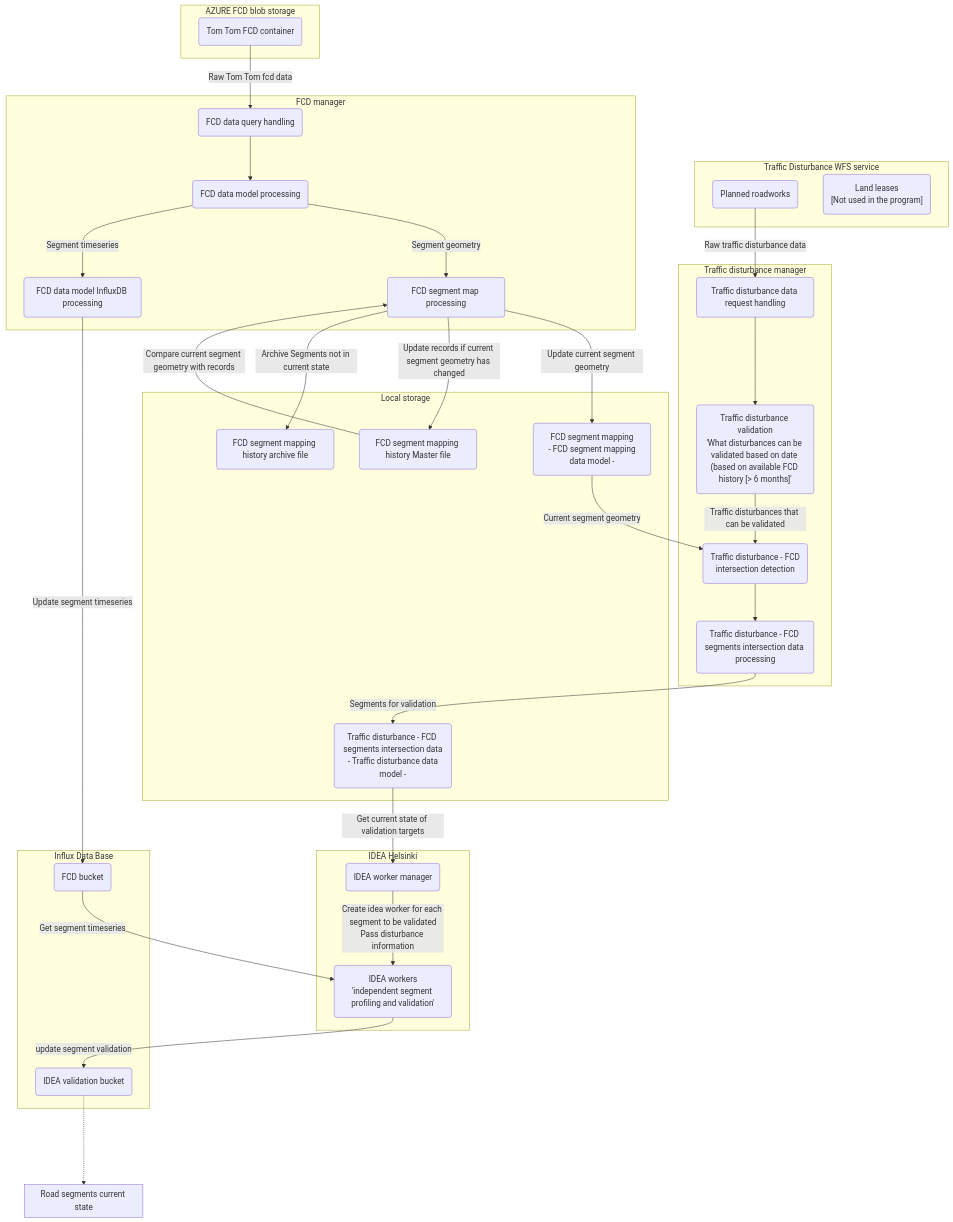
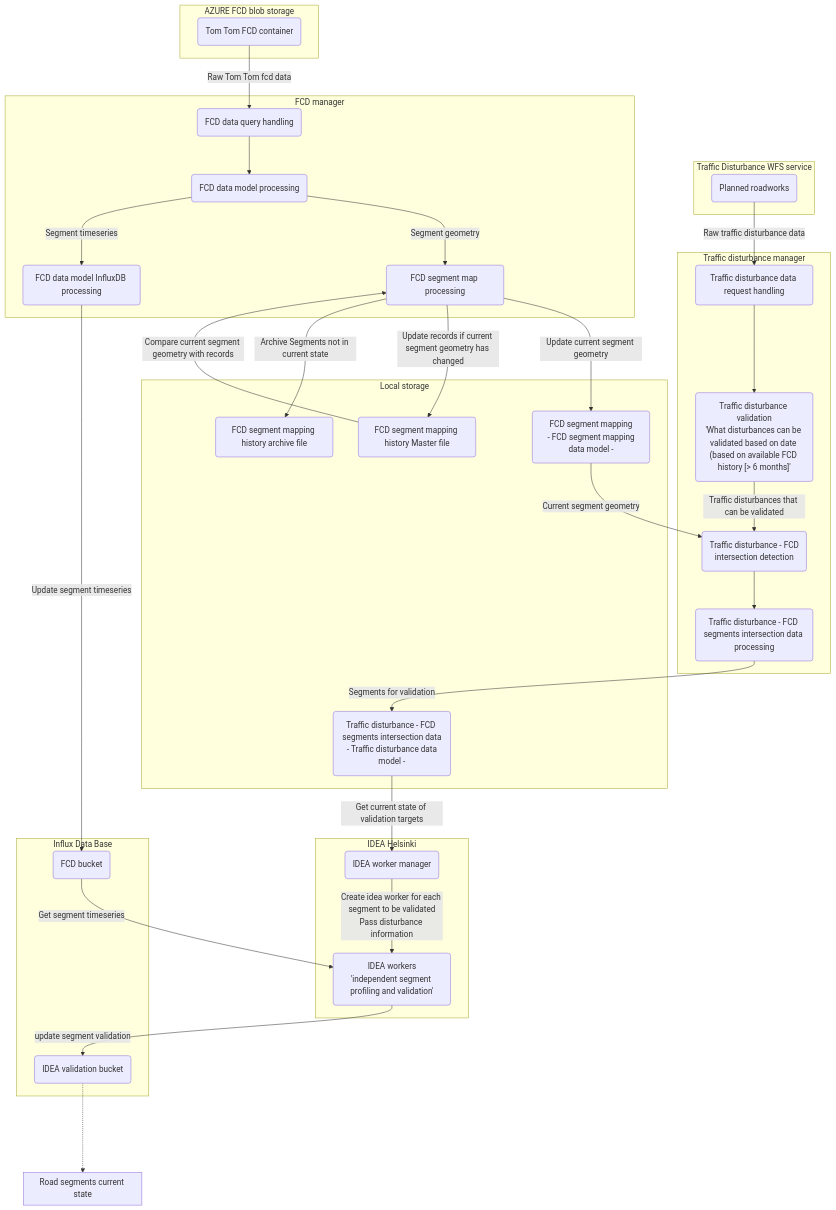
One commit to ForumViriumHelsinki/IDEA-Helsinki changed the diagram in docs/program_schematic.md. Above: the diagram before and after it, drawn with Mermaid.

Commit message:
Updated program process schematic.

````diff
--- a/docs/program_schematic.md
+++ b/docs/program_schematic.md
@@ -1,76 +1,75 @@
 ```mermaid
 graph
     subgraph azureStorage["AZURE FCD blob storage"]
         TomTomBlobContainer("Tom Tom FCD container"):::db_bucket
     end
     
     subgraph TrafficDisturbanceWFS["Traffic Disturbance WFS service"]
         RoadWorks("Planned roadworks")
-        LandLeases("Land leases<br>[Not used in the program]")
     end
     
     subgraph DisturbanceManager["Traffic disturbance manager"]
         TrafficDisturbanceDataRequest("Traffic disturbance data request handling")
         TrafficDisturbanceValidation("Traffic disturbance validation<br>'What disturbances can be validated based on date <br>(based on available FCD history [> 6 months]'")
         IntersectionDetection("Traffic disturbance - FCD<br>intersection detection")
         TrafficDisturbanceFCDDataProcessing("Traffic disturbance - FCD segments intersection data processing")
     end
     
     subgraph FcdManager["FCD manager"]
         FcdDataRequest("FCD data query handling")
         FcdDataModelProcessing("FCD data model processing")
         FcdDataMapProcessing("FCD segment map processing")
         FcdDataInfluxProcessing("FCD data model InfluxDB processing")
     end
     
     subgraph InfluxDB["Influx Data Base"]
         FcdBucket("FCD bucket"):::db_bucket 
         IdeaBucket("IDEA validation bucket"):::db_bucket
     end
     
     subgraph LocalStorage["Local storage"]
         FcdMapping("FCD segment mapping<br> - FCD segment mapping data model -"):::local_storage
         FcdMappingMasterHistory("FCD segment mapping history Master file"):::local_storage
         FcdMappingArchiveHistory("FCD segment mapping history archive file"):::local_storage 
         TrafficDisturbanceFCDData("Traffic disturbance - FCD segments intersection data<br> - Traffic disturbance data model -"):::local_storage
     end
     
     subgraph IdeaHelsinki["IDEA Helsinki"]
         IdeaManager("IDEA worker manager"):::idea_manager
         IdeaWorker("IDEA workers<br>'independent segment profiling and validation'"):::idea_worker
     end
     
     subgraph RoadSegmentState["Road segments current state"]
         
     end
     
     
     %% FCD processing
     TomTomBlobContainer -- "Raw Tom Tom fcd data" --> FcdDataRequest
     FcdDataRequest --> FcdDataModelProcessing
     FcdDataModelProcessing -- "Segment geometry" --> FcdDataMapProcessing
     FcdDataMapProcessing -- "Update current segment geometry" --> FcdMapping
     FcdMappingMasterHistory -- "Compare current segment geometry with records" --> FcdDataMapProcessing
     FcdDataMapProcessing -- "Update records if current segment geometry has changed" --> FcdMappingMasterHistory 
     FcdDataMapProcessing  --"Archive Segments not in current state" --> FcdMappingArchiveHistory
     
     FcdDataModelProcessing -- "Segment timeseries" --> FcdDataInfluxProcessing
     FcdDataInfluxProcessing -- "Update segment timeseries" --> FcdBucket
     
     %% Traffic disturbance processing
     RoadWorks -- "Raw traffic disturbance data" --> TrafficDisturbanceDataRequest
     TrafficDisturbanceDataRequest --> TrafficDisturbanceValidation
     TrafficDisturbanceValidation -- "Traffic disturbances that can be validated" -->IntersectionDetection
     FcdMapping -- "Current segment geometry" --> IntersectionDetection
     IntersectionDetection --> TrafficDisturbanceFCDDataProcessing
     TrafficDisturbanceFCDDataProcessing -- "Segments for validation" --> TrafficDisturbanceFCDData
     
     %% Idea processing
     TrafficDisturbanceFCDData -- "Get current state of validation targets" --> IdeaManager
     IdeaManager --"Create idea worker for each segment to be validated<br>Pass disturbance information" --> IdeaWorker
     FcdBucket -- "Get segment timeseries" --> IdeaWorker
     IdeaWorker --"update segment validation" --> IdeaBucket
     
     IdeaBucket -...-> RoadSegmentState
     
 ``` 
````
